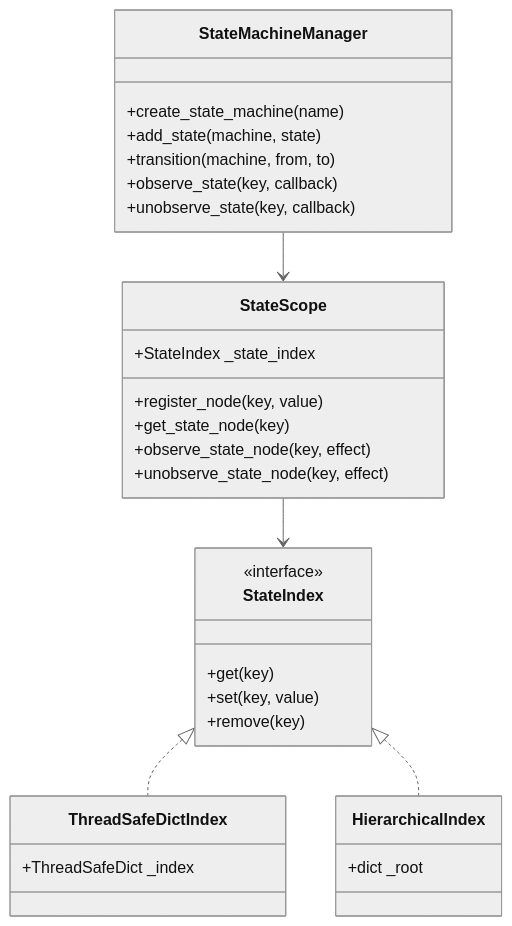
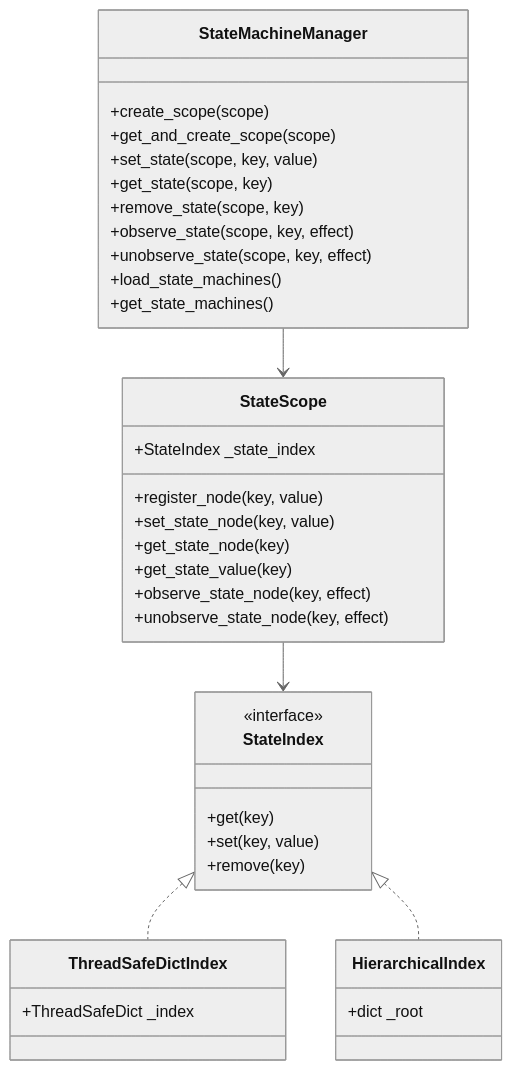
Before and after one commit to YearsAlso/zoo-framework: the fifth of 11 diagrams in docs/ARCHITECTURE.md, drawn with Mermaid (neutral theme). The commit also changed 18 other files, not shown here.

````diff
--- a/docs/ARCHITECTURE.md
+++ b/docs/ARCHITECTURE.md
@@ -168,38 +168,44 @@
 ```mermaid
 classDiagram
     class StateMachineManager {
-        +create_state_machine(name)
-        +add_state(machine, state)
-        +transition(machine, from, to)
-        +observe_state(key, callback)
-        +unobserve_state(key, callback)
+        +create_scope(scope)
+        +get_and_create_scope(scope)
+        +set_state(scope, key, value)
+        +get_state(scope, key)
+        +remove_state(scope, key)
+        +observe_state(scope, key, effect)
+        +unobserve_state(scope, key, effect)
+        +load_state_machines()
+        +get_state_machines()
     }
     
     class StateScope {
         +StateIndex _state_index
         +register_node(key, value)
+        +set_state_node(key, value)
         +get_state_node(key)
+        +get_state_value(key)
         +observe_state_node(key, effect)
         +unobserve_state_node(key, effect)
     }
     
     class StateIndex {
         <<interface>>
         +get(key)
         +set(key, value)
         +remove(key)
     }
     
     class ThreadSafeDictIndex {
         +ThreadSafeDict _index
     }
     
     class HierarchicalIndex {
         +dict _root
     }
     
     StateMachineManager --> StateScope
     StateScope --> StateIndex
     StateIndex <|.. ThreadSafeDictIndex
     StateIndex <|.. HierarchicalIndex
 ```
````
